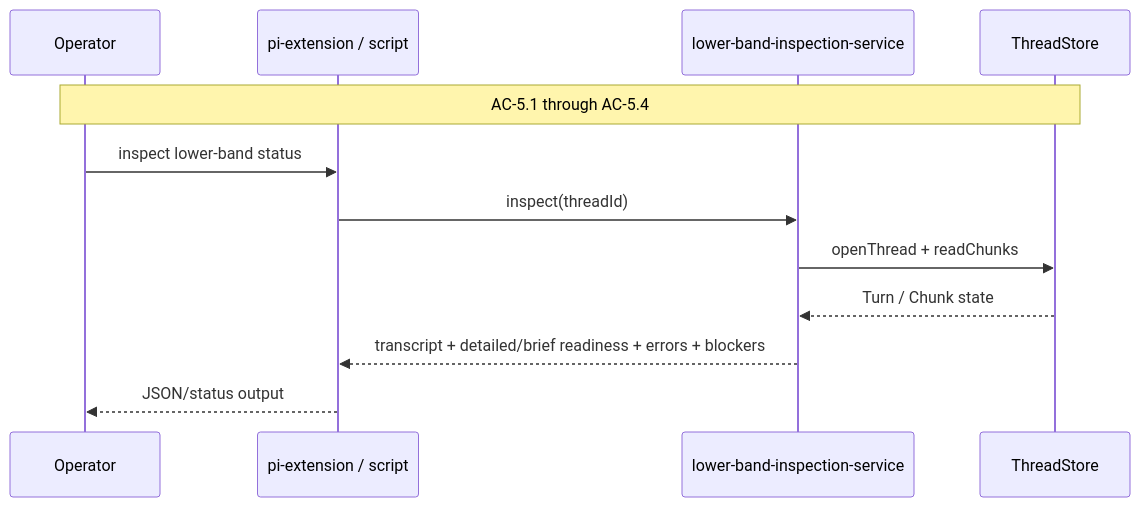
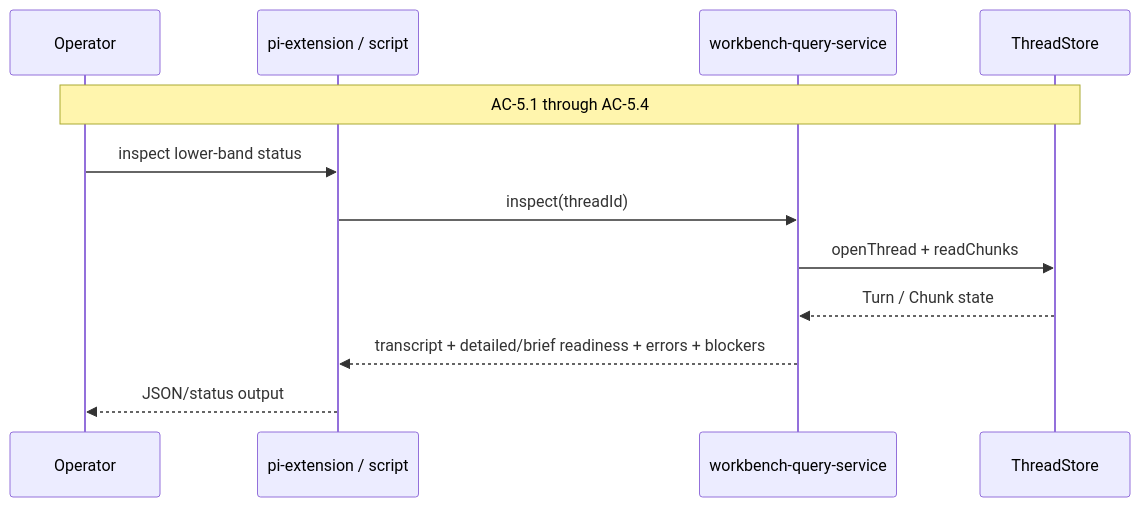
Before and after one commit to liminal-ai/pi-long-horizon: the sixth of 7 diagrams in docs/spec-build/epics/05-real-lower-band-compression/tech-design.md, drawn with Mermaid. The commit also changed other lines of this file and 11 other files, not shown here.

````diff
--- a/docs/spec-build/epics/05-real-lower-band-compression/tech-design.md
+++ b/docs/spec-build/epics/05-real-lower-band-compression/tech-design.md
@@ -517,15 +530,15 @@
 ```mermaid
 sequenceDiagram
     participant Operator
     participant PI as pi-extension / script
-    participant WB as lower-band-inspection-service
+    participant WB as workbench-query-service
     participant Store as ThreadStore
 
     Note over Operator,Store: AC-5.1 through AC-5.4
     Operator->>PI: inspect lower-band status
     PI->>WB: inspect(threadId)
     WB->>Store: openThread + readChunks
     Store-->>WB: Turn / Chunk state
     WB-->>PI: transcript + detailed/brief readiness + errors + blockers
     PI-->>Operator: JSON/status output
 ```
````
